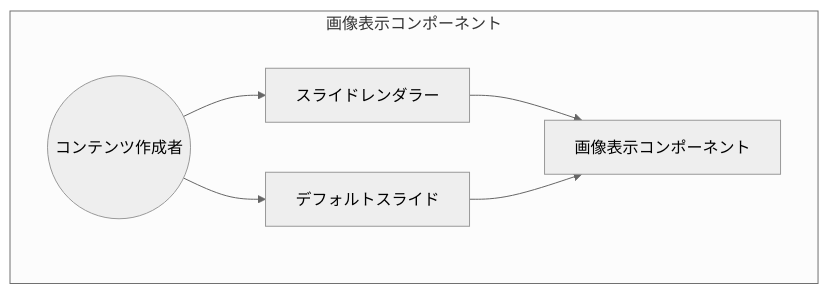
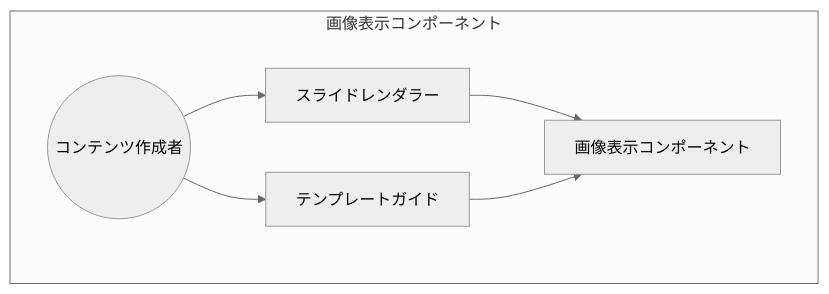
The first of 4 diagrams in .sdd/requirement/image-component.md (ToshikiImagawa/slide-presentation-app), drawn with Mermaid (neutral theme) before and after one commit. The commit also changed other lines of this file and 25 other files, not shown here.

````diff
--- a/.sdd/requirement/image-component.md
+++ b/.sdd/requirement/image-component.md
@@ -68,14 +68,14 @@
 ```mermaid
 graph TB
     subgraph "画像表示コンポーネント"
         Author((コンテンツ作成者))
         SlideRenderer[スライドレンダラー]
         ImageComponent[画像表示コンポーネント]
-        DefaultSlides[デフォルトスライド]
+        TemplateGuide[テンプレートガイド]
     end
 
     Author --> SlideRenderer
     SlideRenderer --> ImageComponent
-    Author --> DefaultSlides
-    DefaultSlides --> ImageComponent
+    Author --> TemplateGuide
+    TemplateGuide --> ImageComponent
 ```
````
